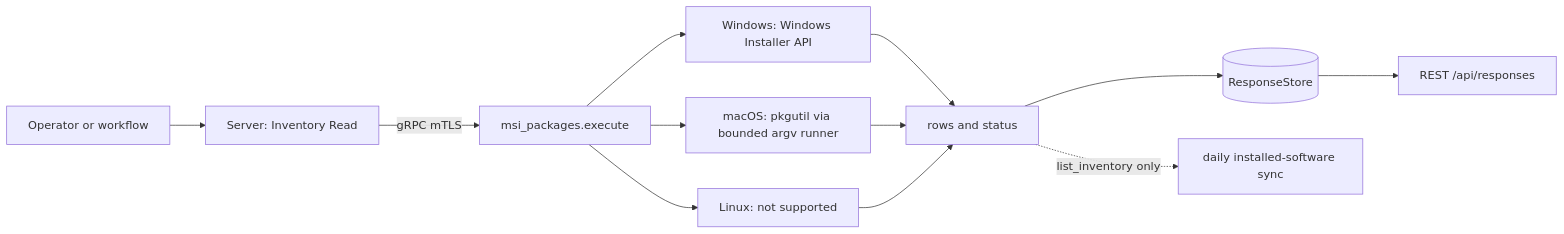
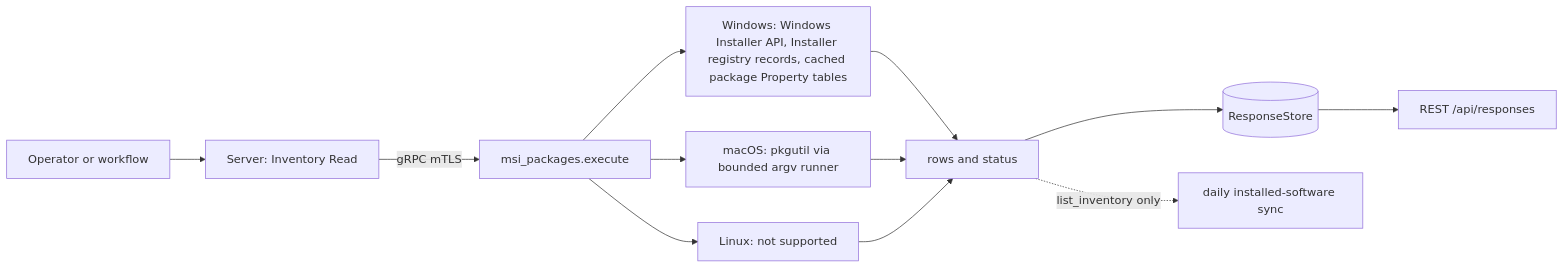
One commit to DevNullLtd/Yuzu changed the first of 3 diagrams in agents/plugins/msi_packages/README.md. Above: the diagram before and after it, drawn with Mermaid. The commit also changed other lines of this file and 23 other files, not shown here.

Commit message:
feat(msi_packages): read Windows Installer records and the cached package property table

````diff
--- a/agents/plugins/msi_packages/README.md
+++ b/agents/plugins/msi_packages/README.md
@@ -24,13 +25,13 @@
 ```mermaid
 flowchart LR
   OP["Operator or workflow"] --> SRV["Server: Inventory Read"]
   SRV -->|"gRPC mTLS"| EX["msi_packages.execute"]
-  EX --> WIN["Windows: Windows Installer API"]
+  EX --> WIN["Windows: Windows Installer API, Installer registry records, cached package Property tables"]
   EX --> MAC["macOS: pkgutil via bounded argv runner"]
   EX --> LIN["Linux: not supported"]
   WIN --> ROWS["rows and status"]
   MAC --> ROWS
   LIN --> ROWS
   ROWS --> RS[("ResponseStore")] --> API["REST /api/responses"]
   ROWS -.->|"list_inventory only"| SYNC["daily installed-software sync"]
 ```
````
